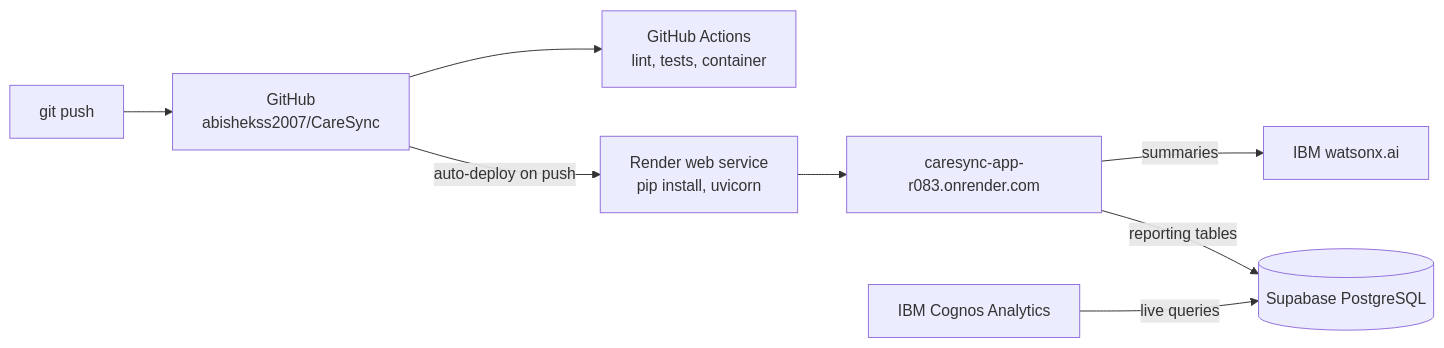
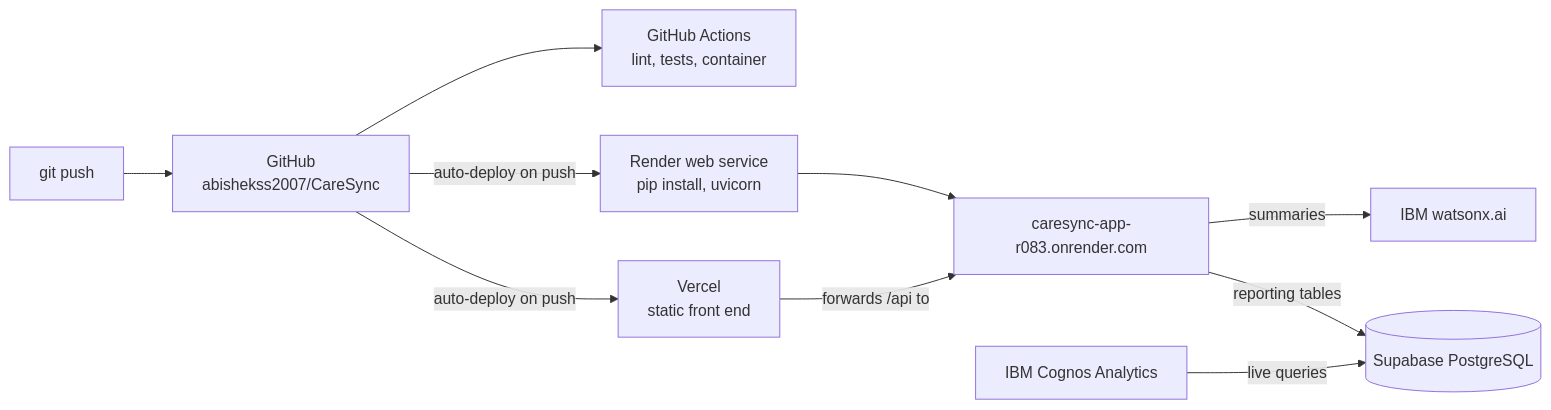
Diagram 12 of 13 in README.md (abishekss2007/CareSync), drawn with Mermaid before and after one commit. The commit also changed other lines of this file, not shown here.

Commit message:
Add the Vercel front end to the README

````diff
--- a/README.md
+++ b/README.md
@@ -467,10 +467,12 @@
 ```mermaid
 flowchart LR
     DEV["git push"] --> GH["GitHub<br/>abishekss2007/CareSync"]
     GH --> CI["GitHub Actions<br/>lint, tests, container"]
     GH -- "auto-deploy on push" --> RN["Render web service<br/>pip install, uvicorn"]
     RN --> APP["caresync-app-r083.onrender.com"]
+    GH -- "auto-deploy on push" --> VC["Vercel<br/>static front end"]
+    VC -- "forwards /api to" --> APP
     APP -- "summaries" --> WX["IBM watsonx.ai"]
     APP -- "reporting tables" --> PG[("Supabase PostgreSQL")]
     COG["IBM Cognos Analytics"] -- "live queries" --> PG
 ```
````
